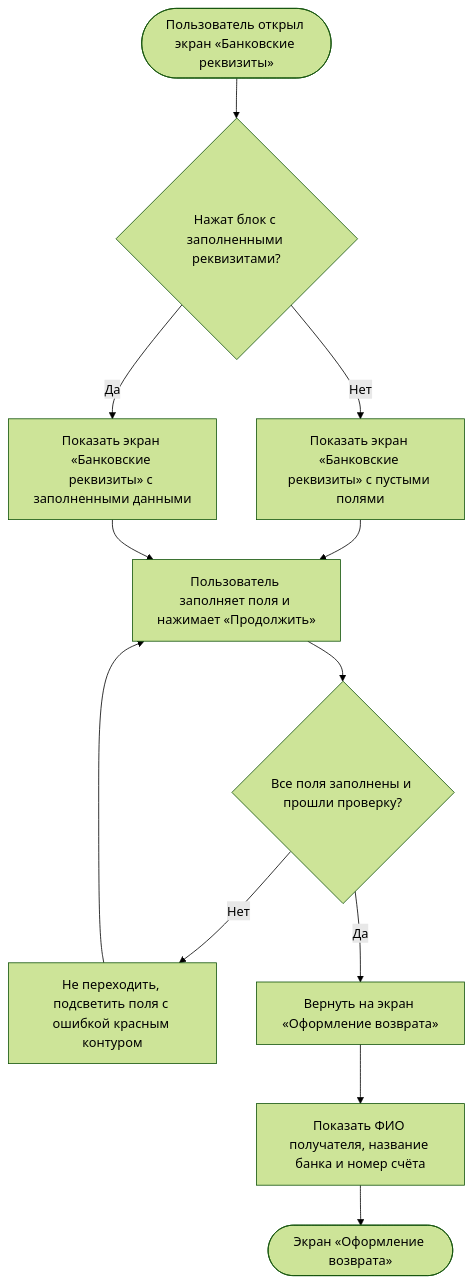
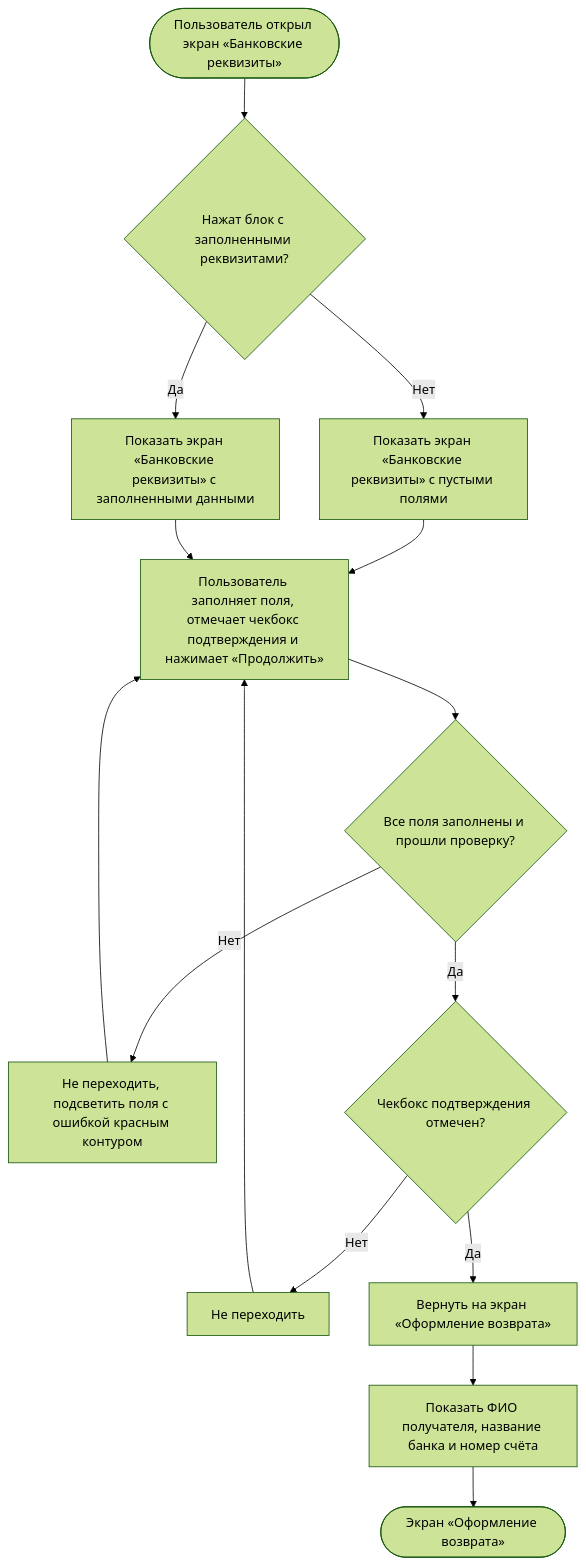
Diagram 16 of 26 in projects/returns-2.0/requirements/srs/srs-mobile-mvp.md (Terinss155/opencode-agents-analysis), drawn with Mermaid (forest theme) before and after one commit. The commit also changed other lines of this file and 44 other files, not shown here.

````diff
--- a/projects/returns-2.0/requirements/srs/srs-mobile-mvp.md
+++ b/projects/returns-2.0/requirements/srs/srs-mobile-mvp.md
@@ -1079,14 +1081,17 @@
 ```mermaid
 flowchart TD
     S([Пользователь открыл экран «Банковские реквизиты»]) --> E{"Нажат блок с заполненными реквизитами?"}
     E -->|Нет| E1["Показать экран «Банковские реквизиты» с пустыми полями"]
     E -->|Да| E2["Показать экран «Банковские реквизиты» с заполненными данными"]
-    E1 --> F["Пользователь заполняет поля и нажимает «Продолжить»"]
+    E1 --> F["Пользователь заполняет поля, отмечает чекбокс подтверждения и нажимает «Продолжить»"]
     E2 --> F
     F --> V{"Все поля заполнены и прошли проверку?"}
     V -->|Нет| X1["Не переходить, подсветить поля с ошибкой красным контуром"]
     X1 --> F
-    V -->|Да| H["Вернуть на экран «Оформление возврата»"]
+    V -->|Да| K{"Чекбокс подтверждения отмечен?"}
+    K -->|Нет| X2["Не переходить"]
+    X2 --> F
+    K -->|Да| H["Вернуть на экран «Оформление возврата»"]
     H --> H1["Показать ФИО получателя, название банка и номер счёта"]
     H1 --> Z([Экран «Оформление возврата»])
 ```
````
